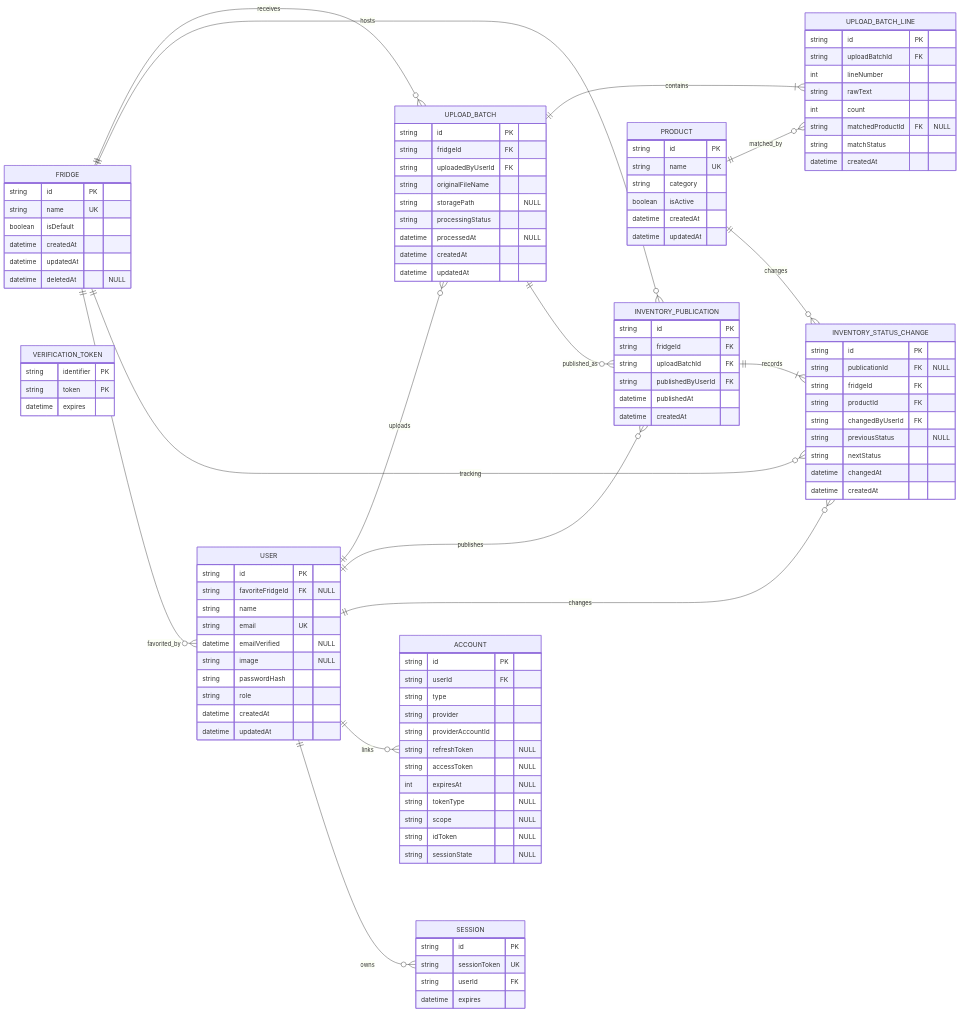
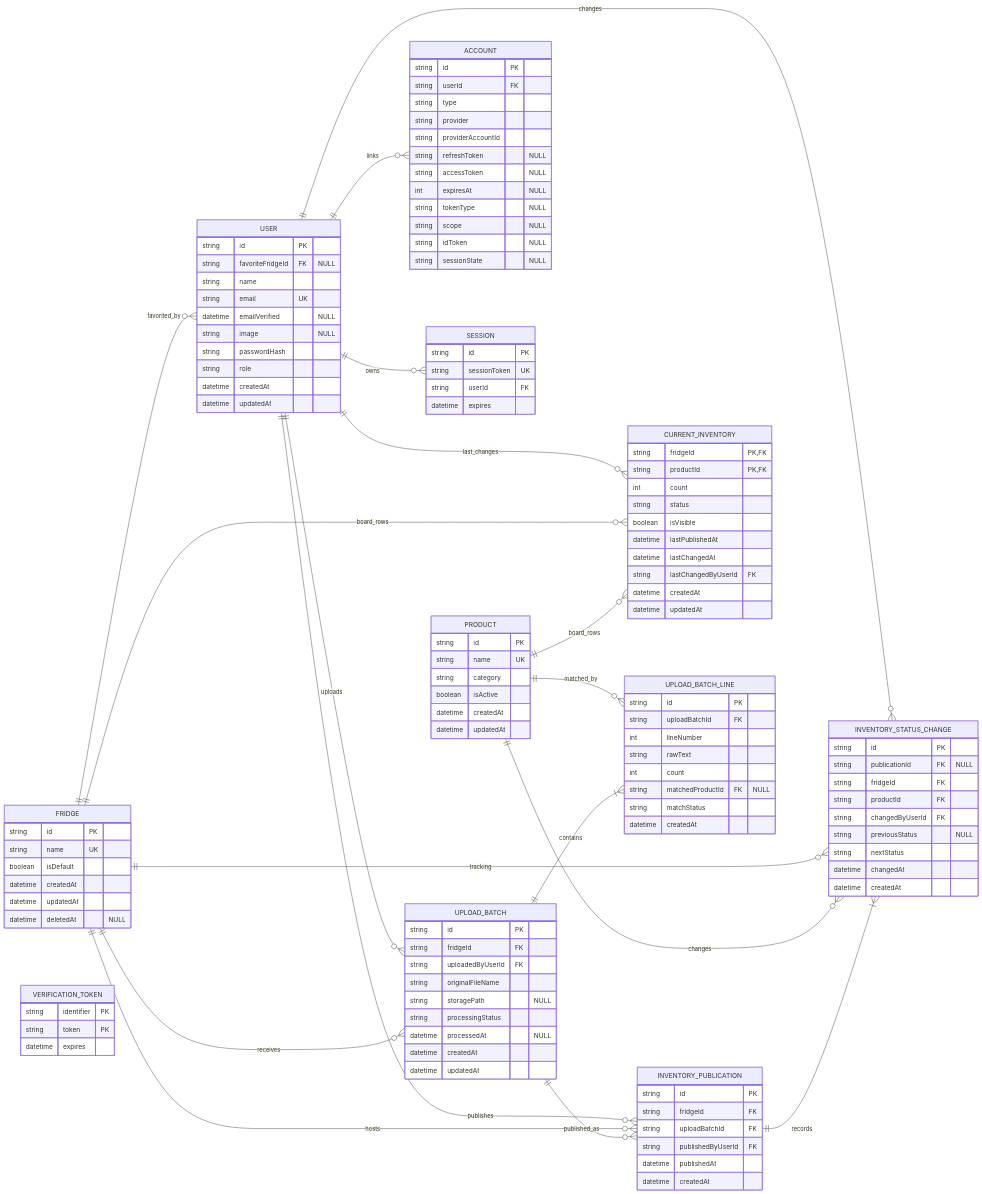
The diagram in docs/architecture/data_model.md (KotaOgawa221015/pan-for-play), drawn with Mermaid before and after one commit. The commit also changed other lines of this file and 29 other files, not shown here.

````diff
--- a/docs/architecture/data_model.md
+++ b/docs/architecture/data_model.md
@@ -16,16 +16,19 @@
     USER ||--o{ UPLOAD_BATCH : uploads
     USER ||--o{ INVENTORY_PUBLICATION : publishes
     USER ||--o{ INVENTORY_STATUS_CHANGE : changes
+    USER ||--o{ CURRENT_INVENTORY : last_changes
     USER ||--o{ ACCOUNT : links
     USER ||--o{ SESSION : owns
 
     FRIDGE ||--o{ UPLOAD_BATCH : receives
     FRIDGE ||--o{ INVENTORY_PUBLICATION : hosts
     FRIDGE ||--o{ INVENTORY_STATUS_CHANGE : tracking
+    FRIDGE ||--o{ CURRENT_INVENTORY : board_rows
     FRIDGE ||--o{ USER : favorited_by
 
     PRODUCT ||--o{ UPLOAD_BATCH_LINE : matched_by
     PRODUCT ||--o{ INVENTORY_STATUS_CHANGE : changes
+    PRODUCT ||--o{ CURRENT_INVENTORY : board_rows
 
     UPLOAD_BATCH ||--|{ UPLOAD_BATCH_LINE : contains
     UPLOAD_BATCH ||--o{ INVENTORY_PUBLICATION : published_as
@@ -133,4 +136,17 @@
         datetime changedAt
         datetime createdAt
     }
+
+    CURRENT_INVENTORY {
+        string fridgeId PK, FK
+        string productId PK, FK
+        int count
+        string status
+        boolean isVisible
+        datetime lastPublishedAt
+        datetime lastChangedAt
+        string lastChangedByUserId FK
+        datetime createdAt
+        datetime updatedAt
+    }
 ```
````
